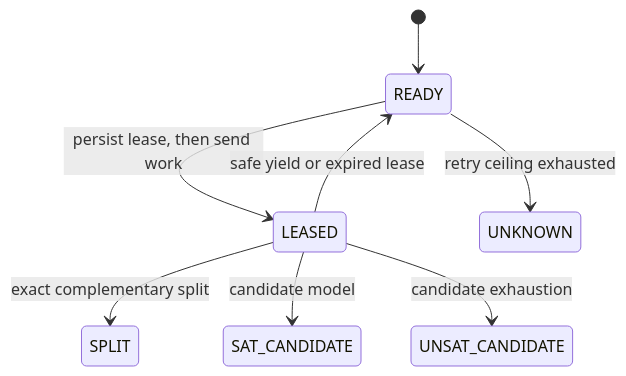
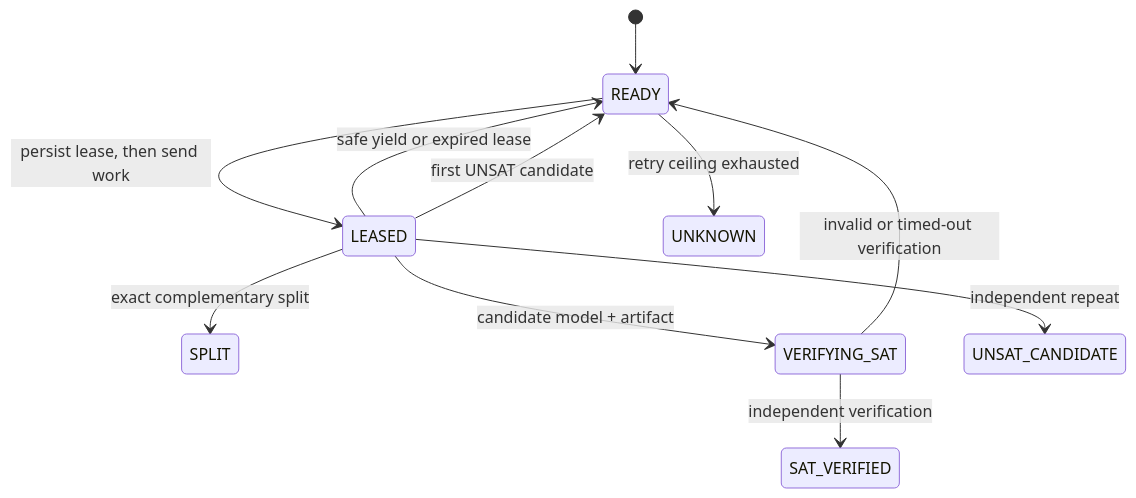
Before and after one commit to LukeLawsonSoftware/hive-sat: the diagram in docs/guide/03-distributed-cubes.md, drawn with Mermaid. The commit also changed other lines of this file and 18 other files, not shown here.

````diff
--- a/docs/guide/03-distributed-cubes.md
+++ b/docs/guide/03-distributed-cubes.md
@@ -45,10 +45,13 @@
 ```mermaid
 stateDiagram-v2
   [*] --> READY
   READY --> LEASED: persist lease, then send work
   LEASED --> SPLIT: exact complementary split
   LEASED --> READY: safe yield or expired lease
-  LEASED --> SAT_CANDIDATE: candidate model
-  LEASED --> UNSAT_CANDIDATE: candidate exhaustion
+  LEASED --> VERIFYING_SAT: candidate model + artifact
+  VERIFYING_SAT --> SAT_VERIFIED: independent verification
+  VERIFYING_SAT --> READY: invalid or timed-out verification
+  LEASED --> READY: first UNSAT candidate
+  LEASED --> UNSAT_CANDIDATE: independent repeat
   READY --> UNKNOWN: retry ceiling exhausted
 ```
````
